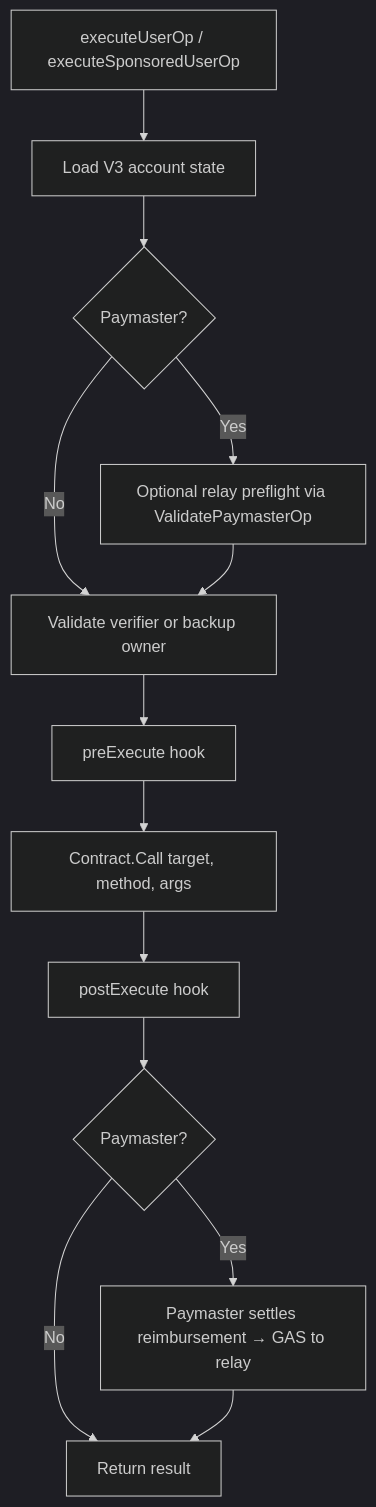
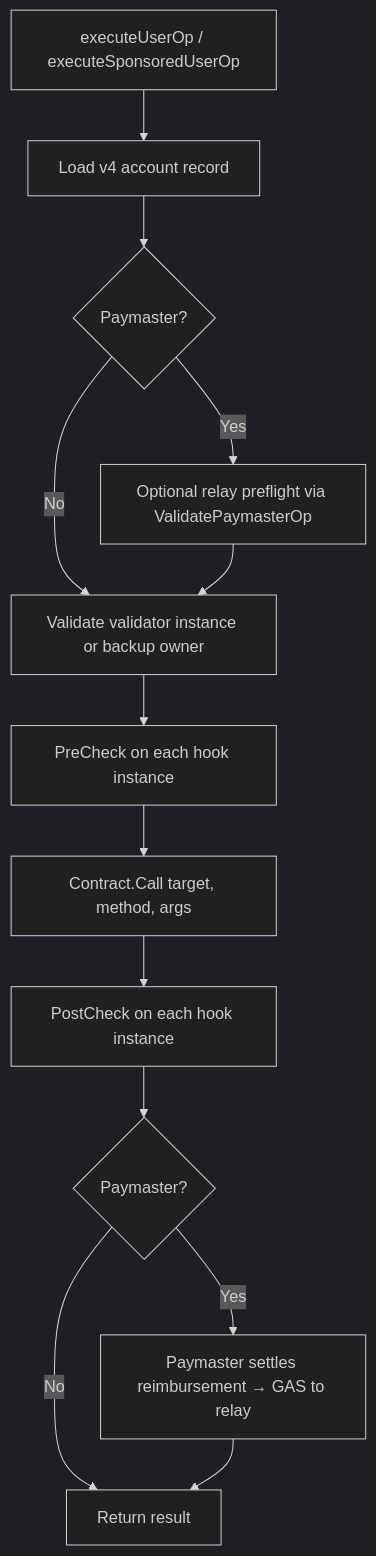
Before and after one commit to r3e-network/neo-os-aa: the third of 3 diagrams in docs/architecture.md, drawn with Mermaid (dark theme). The commit also changed other lines of this file and 425 other files, not shown here.

````diff
--- a/docs/architecture.md
+++ b/docs/architecture.md
@@ -67,15 +67,15 @@
 ```mermaid
 flowchart TD
-  Entry[executeUserOp / executeSponsoredUserOp] --> Load[Load V3 account state]
+  Entry[executeUserOp / executeSponsoredUserOp] --> Load[Load v4 account record]
   Load --> PM{Paymaster?}
   PM -- Yes --> PMValidate[Optional relay preflight via ValidatePaymasterOp]
   PM -- No --> Auth
-  PMValidate --> Auth[Validate verifier or backup owner]
-  Auth --> Pre[preExecute hook]
+  PMValidate --> Auth[Validate validator instance or backup owner]
+  Auth --> Pre[PreCheck on each hook instance]
   Pre --> Call[Contract.Call target, method, args]
-  Call --> Post[postExecute hook]
+  Call --> Post[PostCheck on each hook instance]
   Post --> Settle{Paymaster?}
   Settle -- Yes --> PMSettle[Paymaster settles reimbursement → GAS to relay]
   Settle -- No --> Done[Return result]
   PMSettle --> Done
 ```
````
